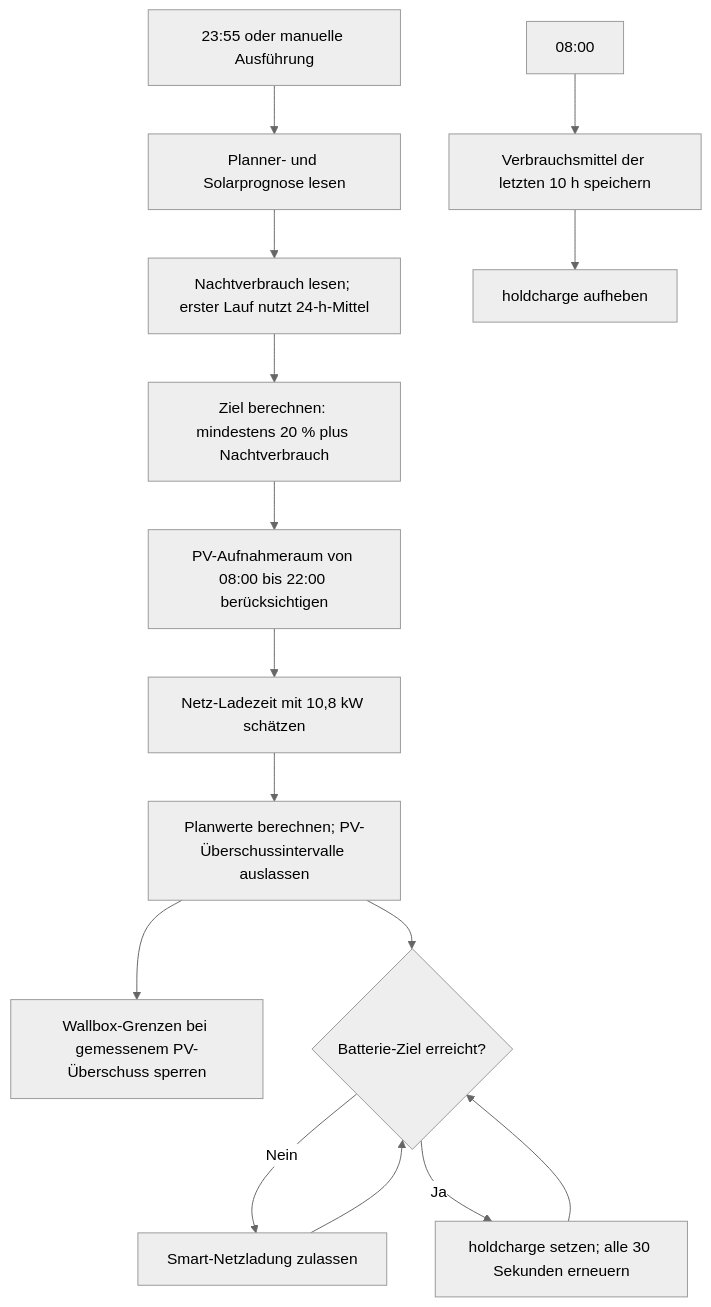
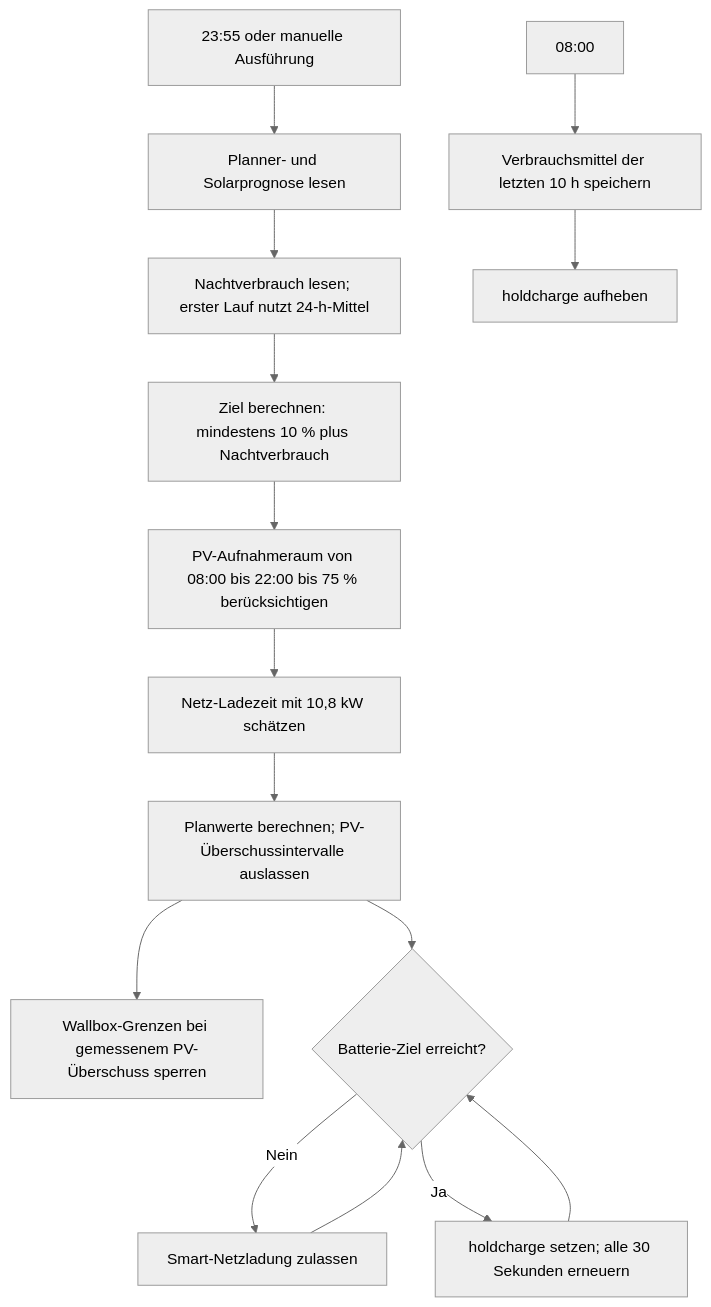
Before and after one commit to synb10se/docs: the second of 2 diagrams in home-assistant/evcc/EVCC_PREISOPTIMIERUNG.md, drawn with Mermaid (neutral theme). The commit also changed other lines of this file, not shown here.

````diff
--- a/home-assistant/evcc/EVCC_PREISOPTIMIERUNG.md
+++ b/home-assistant/evcc/EVCC_PREISOPTIMIERUNG.md
@@ -44,17 +90,17 @@
 ```mermaid
 flowchart TD
 	A[23:55 oder manuelle Ausführung] --> B[Planner- und Solarprognose lesen]
 	B --> C[Nachtverbrauch lesen; erster Lauf nutzt 24-h-Mittel]
-	C --> D[Ziel berechnen: mindestens 20 % plus Nachtverbrauch]
-	D --> E[PV-Aufnahmeraum von 08:00 bis 22:00 berücksichtigen]
+	C --> D[Ziel berechnen: mindestens 10 % plus Nachtverbrauch]
+	D --> E[PV-Aufnahmeraum von 08:00 bis 22:00 bis 75 % berücksichtigen]
 	E --> F[Netz-Ladezeit mit 10,8 kW schätzen]
 	F --> G[Planwerte berechnen; PV-Überschussintervalle auslassen]
 	G --> N[Wallbox-Grenzen bei gemessenem PV-Überschuss sperren]
 	G --> H{Batterie-Ziel erreicht?}
 	H -- Nein --> I[Smart-Netzladung zulassen]
 	H -- Ja --> J[holdcharge setzen; alle 30 Sekunden erneuern]
 	I --> H
 	J --> H
 	K[08:00] --> L[Verbrauchsmittel der letzten 10 h speichern]
 	L --> M[holdcharge aufheben]
 ```
````
